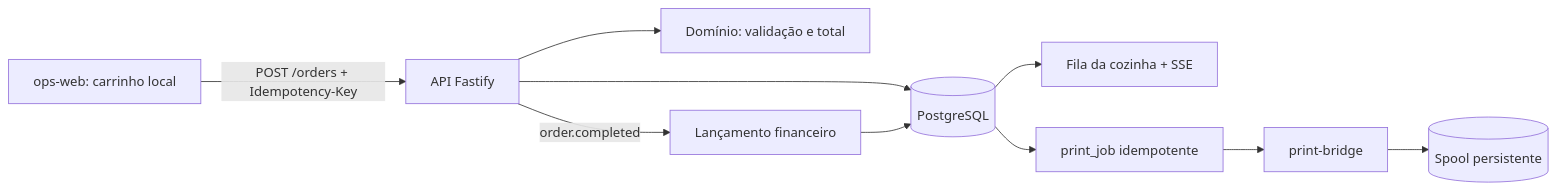
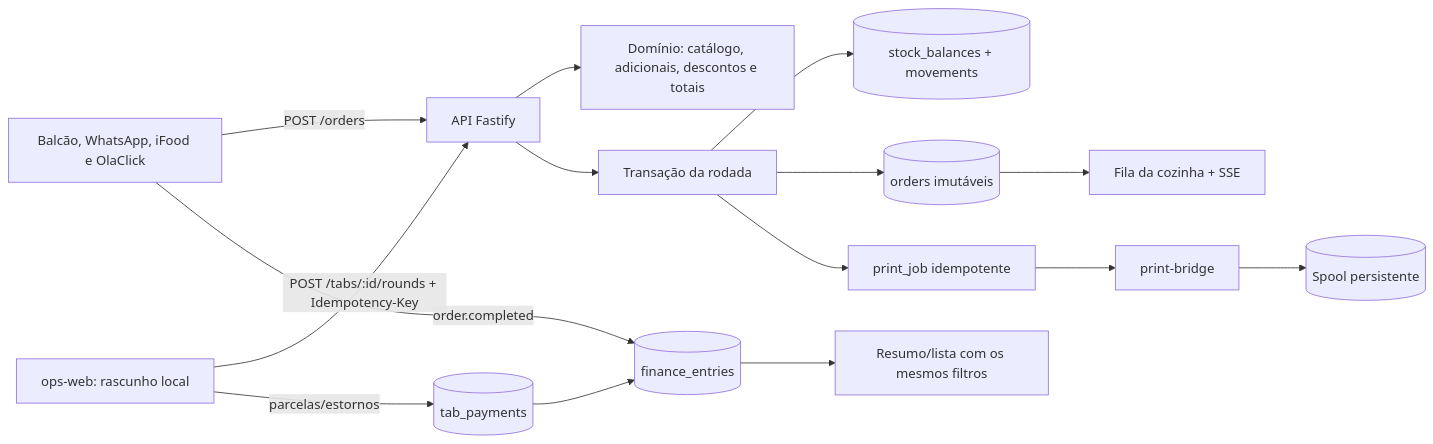
Before and after one commit to millennium42/camoburguer-demo: the diagram in docs/arquitetura-do-sistema.md, drawn with Mermaid. The commit also changed other lines of this file and 14 other files, not shown here.

````diff
--- a/docs/arquitetura-do-sistema.md
+++ b/docs/arquitetura-do-sistema.md
@@ -38,12 +38,17 @@
 ```mermaid
 flowchart LR
-  UI["ops-web: carrinho local"] -->|"POST /orders + Idempotency-Key"| API["API Fastify"]
-  API --> DOMAIN["Domínio: validação e total"]
-  API --> DB[("PostgreSQL")]
-  DB --> KITCHEN["Fila da cozinha + SSE"]
-  DB --> JOB["print_job idempotente"]
+  EXTERNAL["Balcão, WhatsApp, iFood e OlaClick"] -->|"POST /orders"| API["API Fastify"]
+  UI["ops-web: rascunho local"] -->|"POST /tabs/:id/rounds + Idempotency-Key"| API
+  API --> DOMAIN["Domínio: catálogo, adicionais, descontos e totais"]
+  API --> TX["Transação da rodada"]
+  TX --> STOCK[("stock_balances + movements")]
+  TX --> ORDERS[("orders imutáveis")]
+  TX --> JOB["print_job idempotente"]
+  ORDERS --> KITCHEN["Fila da cozinha + SSE"]
   JOB --> BRIDGE["print-bridge"]
   BRIDGE --> SPOOL[("Spool persistente")]
-  API -->|"order.completed"| FINANCE["Lançamento financeiro"]
-  FINANCE --> DB
+  UI -->|"parcelas/estornos"| PAYMENTS[("tab_payments")]
+  PAYMENTS --> FINANCE[("finance_entries")]
+  EXTERNAL -->|"order.completed"| FINANCE
+  FINANCE --> SUMMARY["Resumo/lista com os mesmos filtros"]
 ```
````
